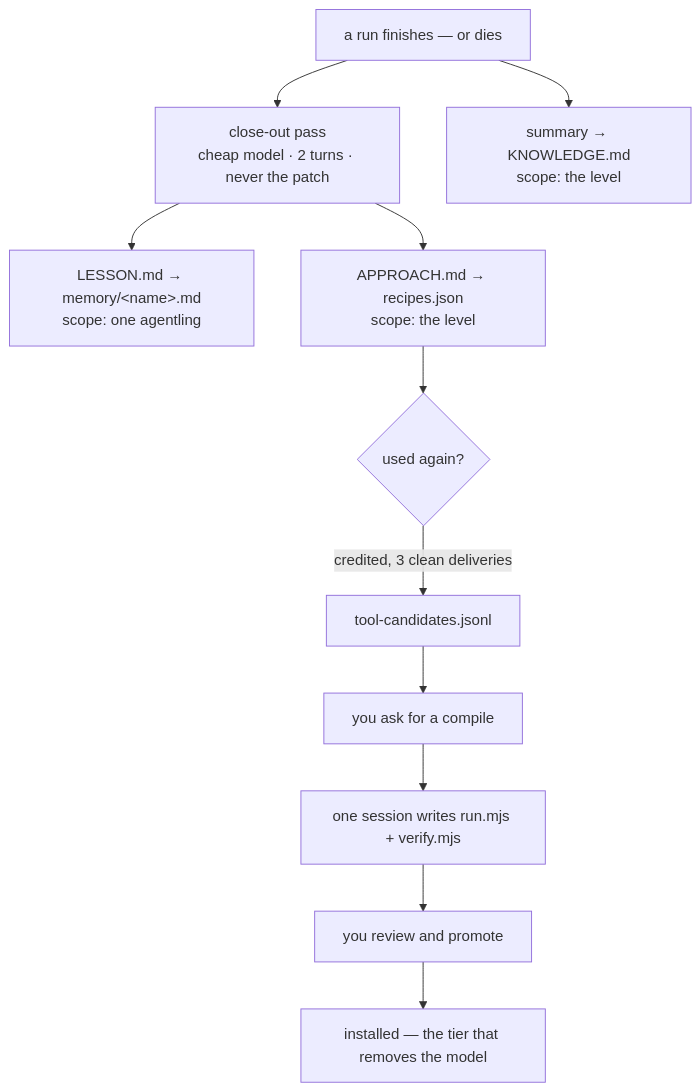
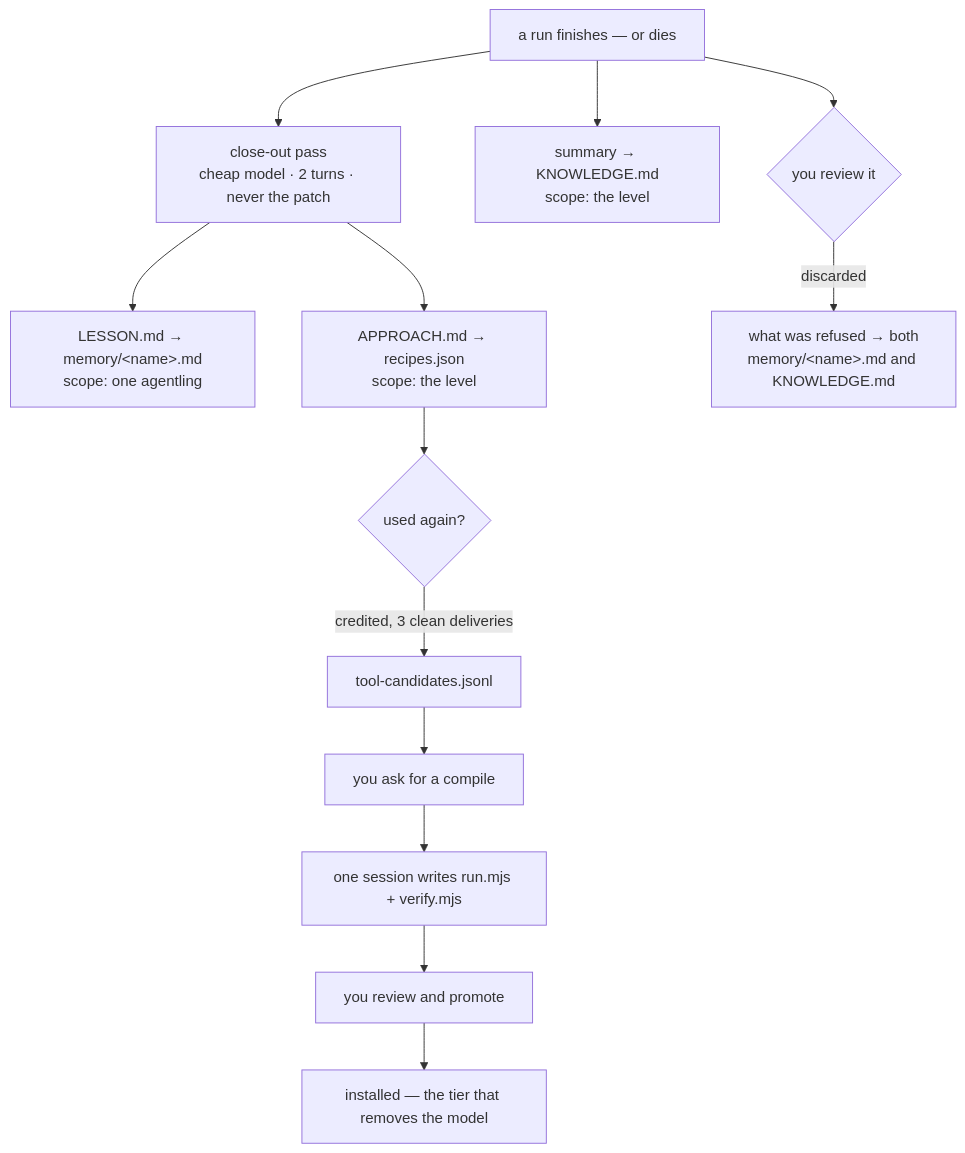
Before and after one commit to briant92/Agentlings: the third of 5 diagrams in AGENTLING.md, drawn with Mermaid. The commit also changed other lines of this file and 1 other file, not shown here.

````diff
--- a/AGENTLING.md
+++ b/AGENTLING.md
@@ -804,13 +855,15 @@
 ```mermaid
 flowchart TD
   R["a run finishes — or dies"] --> C["close-out pass<br/>cheap model · 2 turns · never the patch"]
   C --> L["LESSON.md → memory/&lt;name&gt;.md<br/>scope: one agentling"]
   C --> A["APPROACH.md → recipes.json<br/>scope: the level"]
   R --> K["summary → KNOWLEDGE.md<br/>scope: the level"]
+  R --> D{"you review it"}
+  D -->|"discarded"| X["what was refused → both<br/>memory/&lt;name&gt;.md and KNOWLEDGE.md"]
   A --> M{"used again?"}
   M -->|"credited, 3 clean deliveries"| T["tool-candidates.jsonl"]
   T --> P["you ask for a compile"]
   P --> W["one session writes run.mjs + verify.mjs"]
   W --> V["you review and promote"]
   V --> I["installed — the tier that removes the model"]
 ```
````
